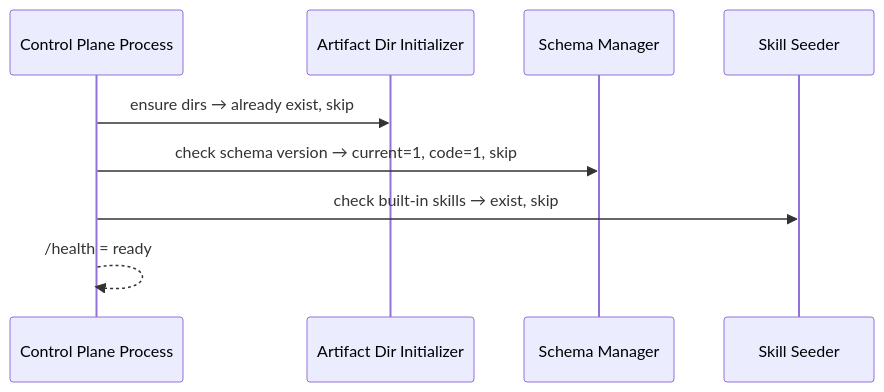
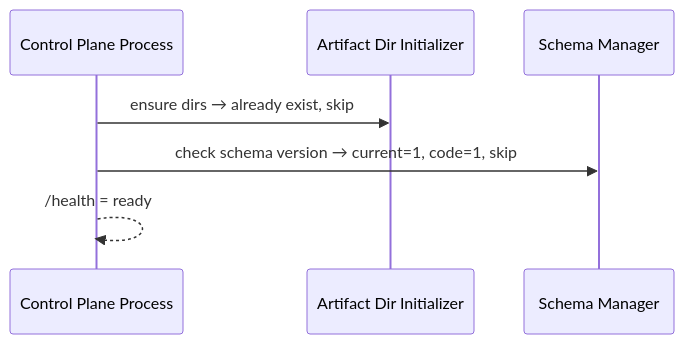
The third of 3 diagrams in docs/features/feat-000-system-bootstrap/design.md (songcojp/Spec-Driven-Autonomous-Coding-System), drawn with Mermaid before and after one commit. The commit also changed other lines of this file and 43 other files, not shown here.

````diff
--- a/docs/features/feat-000-system-bootstrap/design.md
+++ b/docs/features/feat-000-system-bootstrap/design.md
@@ -215,12 +205,10 @@
 ```mermaid
 sequenceDiagram
   participant Proc as Control Plane Process
   participant DI as Artifact Dir Initializer
   participant SM as Schema Manager
-  participant SS as Skill Seeder
 
   Proc->>DI: ensure dirs → already exist, skip
   Proc->>SM: check schema version → current=1, code=1, skip
-  Proc->>SS: check built-in skills → exist, skip
   Proc-->>Proc: /health = ready
 ```
````
